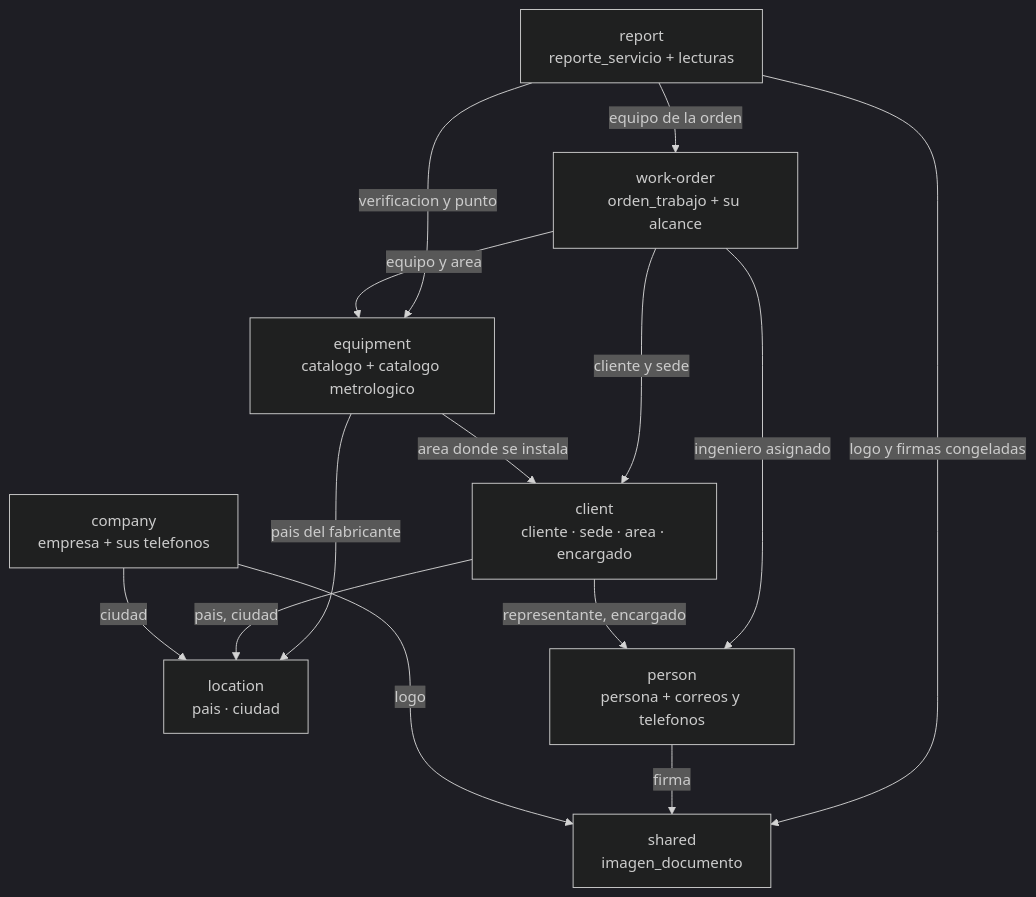
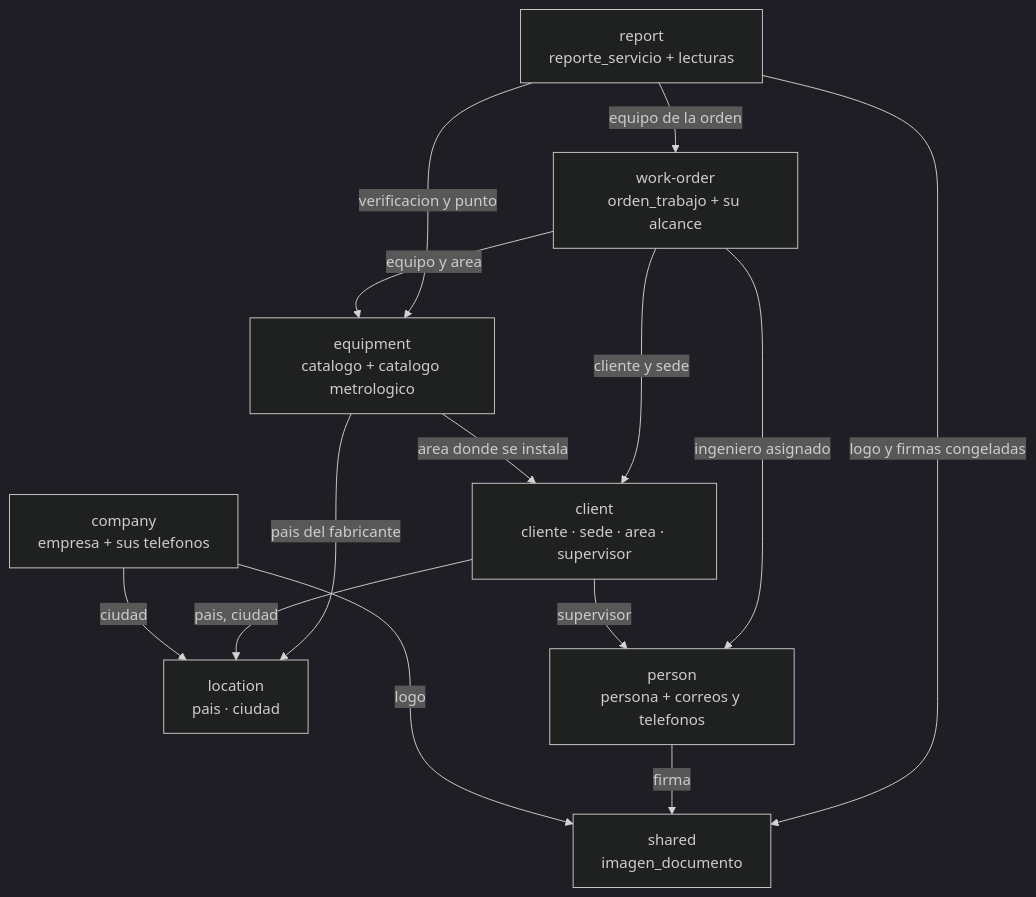
One commit to SeanBol222/MalphasOs changed the first of 12 diagrams in SecondBrain/wiki/base-de-datos/esquema-bd-malphasos.md. Above: the diagram before and after it, drawn with Mermaid (dark theme). The commit also changed other lines of this file and 10 other files, not shown here.

First line of the commit message:
docs: the client supervisor (V53)

````diff
--- a/SecondBrain/wiki/base-de-datos/esquema-bd-malphasos.md
+++ b/SecondBrain/wiki/base-de-datos/esquema-bd-malphasos.md
@@ -288,26 +288,26 @@
 ```mermaid
 graph TD
     location["location<br/>pais · ciudad"]
     person["person<br/>persona + correos y telefonos"]
-    client["client<br/>cliente · sede · area · encargado"]
+    client["client<br/>cliente · sede · area · supervisor"]
     equipment["equipment<br/>catalogo + catalogo metrologico"]
     workorder["work-order<br/>orden_trabajo + su alcance"]
     report["report<br/>reporte_servicio + lecturas"]
     company["company<br/>empresa + sus telefonos"]
     shared["shared<br/>imagen_documento"]
 
     company -->|ciudad| location
     company -->|logo| shared
     person -->|firma| shared
     report -->|logo y firmas congeladas| shared
 
     client -->|pais, ciudad| location
-    client -->|representante, encargado| person
+    client -->|supervisor| person
     equipment -->|pais del fabricante| location
     equipment -->|area donde se instala| client
     workorder -->|cliente y sede| client
     workorder -->|ingeniero asignado| person
     workorder -->|equipo y area| equipment
     report -->|equipo de la orden| workorder
     report -->|verificacion y punto| equipment
 ```
````
